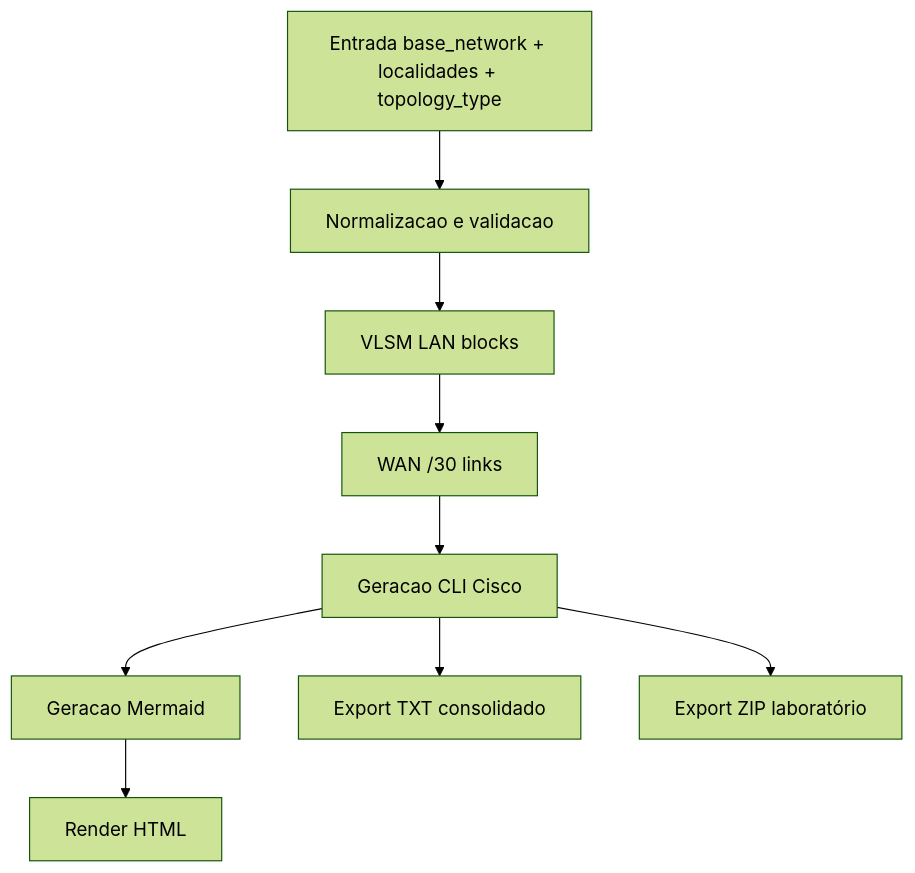
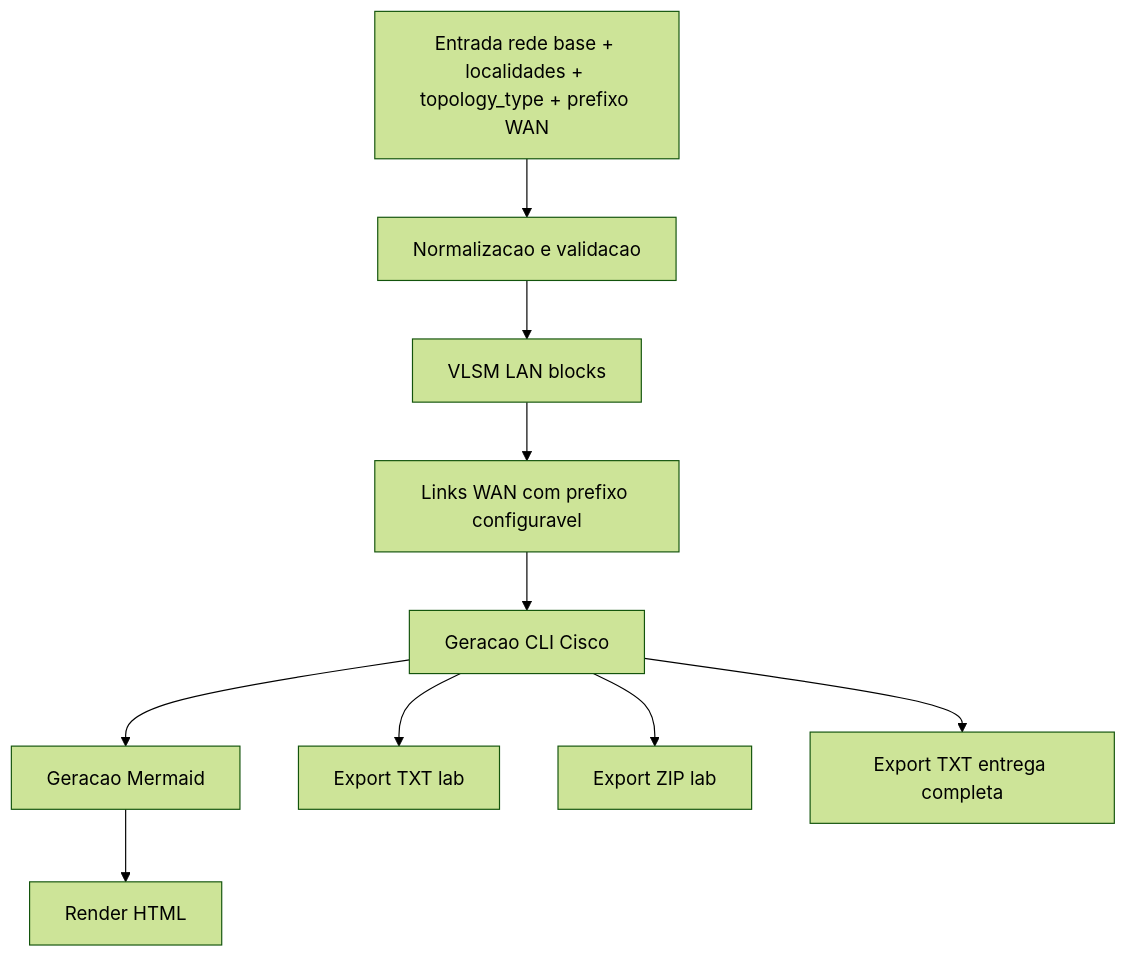
One commit to carmipa/FRAMEWORK_DE_REDES_ANALISE_DIDATICA_AVANCADA changed the second of 3 diagrams in README.md. Above: the diagram before and after it, drawn with Mermaid (forest theme). The commit also changed other lines of this file and 10 other files, not shown here.

Commit message:
feat: implement network problem resolution module with planning, export services, and structured logging.

````diff
--- a/README.md
+++ b/README.md
@@ -100,11 +104,12 @@
 ```mermaid
 flowchart TD
-    I[Entrada base_network + localidades + topology_type] --> N[Normalizacao e validacao]
+    I[Entrada rede base + localidades + topology_type + prefixo WAN] --> N[Normalizacao e validacao]
     N --> L[VLSM LAN blocks]
-    L --> W[WAN /30 links]
+    L --> W[Links WAN com prefixo configuravel]
     W --> C[Geracao CLI Cisco]
     C --> M[Geracao Mermaid]
     M --> O[Render HTML]
-    C --> E1[Export TXT consolidado]
-    C --> E2[Export ZIP laboratório]
+    C --> E1[Export TXT lab]
+    C --> E2[Export ZIP lab]
+    C --> E3[Export TXT entrega completa]
 ```
````
